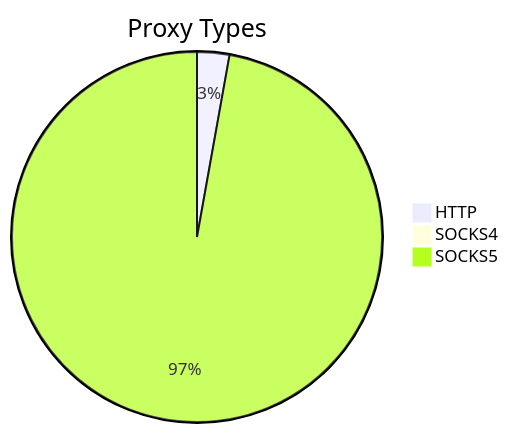
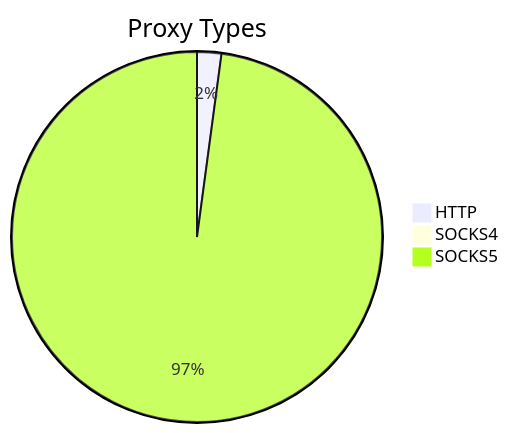
Before and after one commit to stormsia/proxy-list: the first of 2 diagrams in README.md, drawn with Mermaid. The commit also changed other lines of this file, not shown here.

````diff
--- a/README.md
+++ b/README.md
@@ -21,6 +21,6 @@
 ```mermaid
 pie title Proxy Types
-    "HTTP" : 107
-    "SOCKS4" : 25
-    "SOCKS5" : 3688
+    "HTTP" : 130
+    "SOCKS4" : 28
+    "SOCKS5" : 6003
 ```
````
